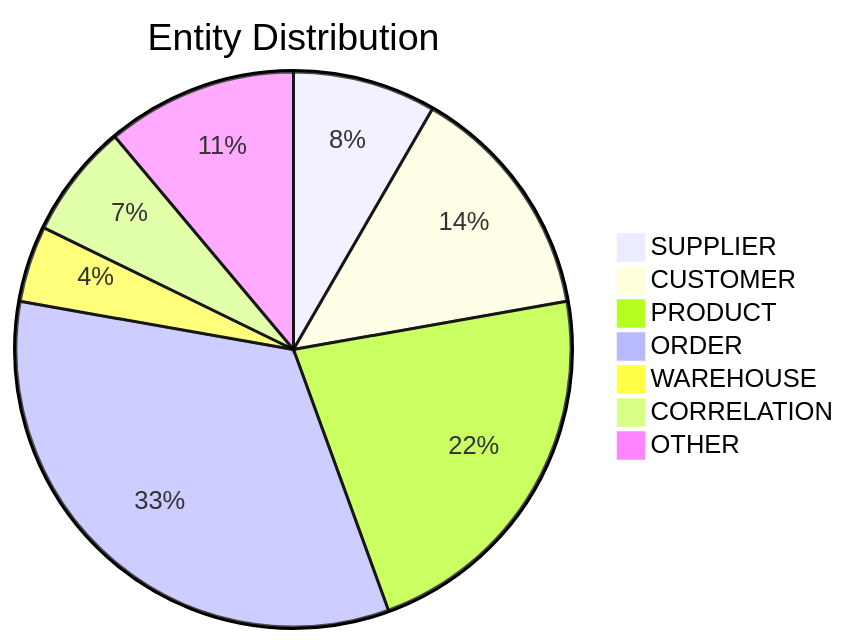
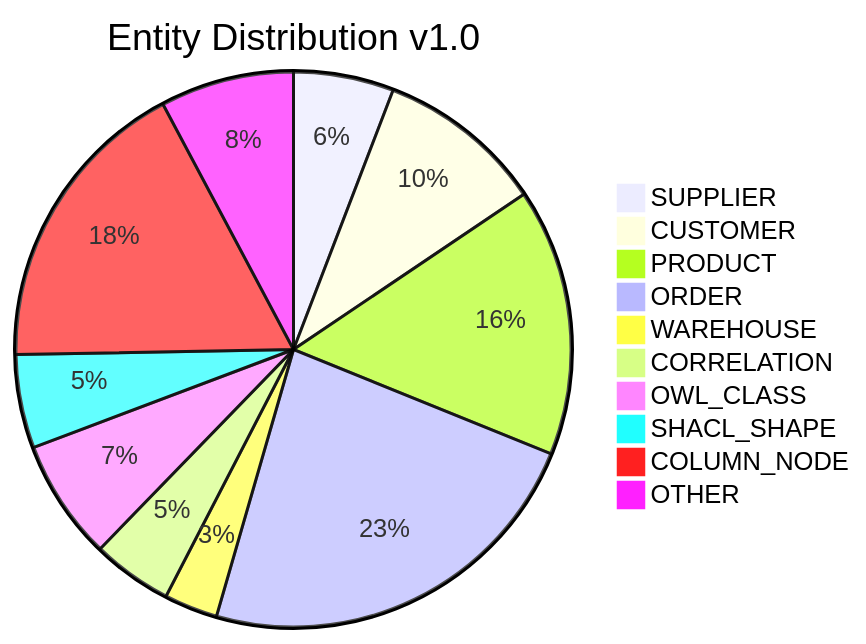
The tenth of 12 diagrams in docs/diagrams/06-knowledge-graph.md (sabill123/ontology), drawn with Mermaid before and after one commit. The commit also changed other lines of this file and 176 other files, not shown here.

````diff
--- a/docs/diagrams/06-knowledge-graph.md
+++ b/docs/diagrams/06-knowledge-graph.md
@@ -415,10 +534,13 @@
 ```mermaid
-pie title Entity Distribution
+pie title Entity Distribution v1.0
     "SUPPLIER" : 15
     "CUSTOMER" : 25
     "PRODUCT" : 40
     "ORDER" : 60
     "WAREHOUSE" : 8
     "CORRELATION" : 12
+    "OWL_CLASS" : 18
+    "SHACL_SHAPE" : 14
+    "COLUMN_NODE" : 45
     "OTHER" : 20
 ```
````
